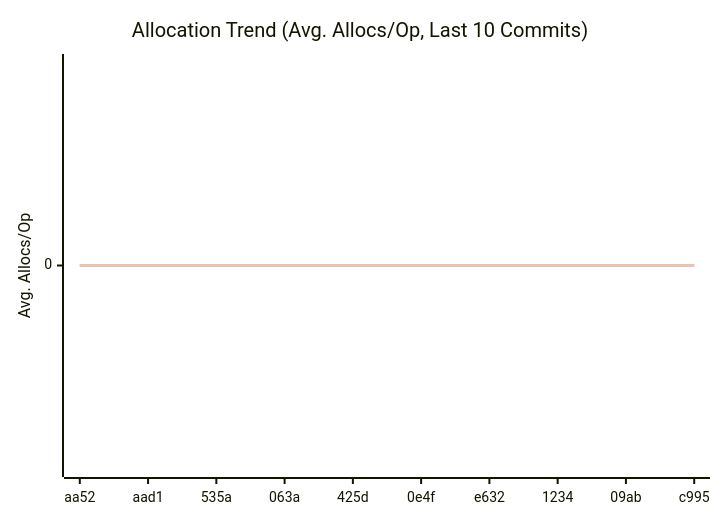
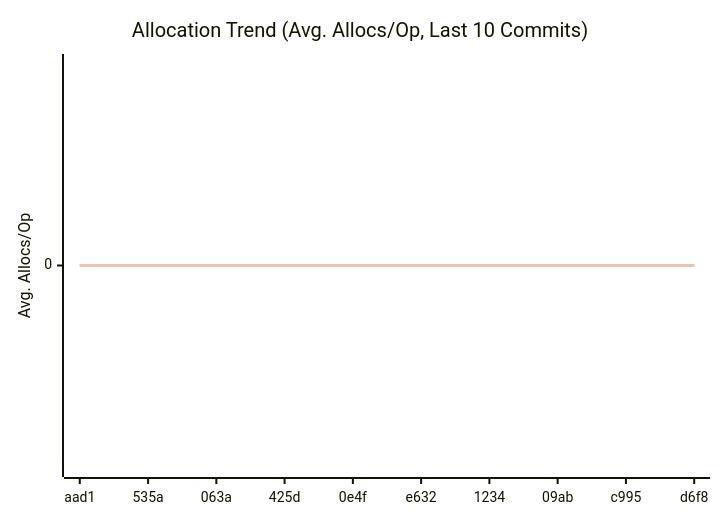
The third of 3 diagrams in doc/README.md (alsotoes/momo), drawn with Mermaid before and after one commit. The commit also changed other lines of this file and 1 other file, not shown here.

````diff
--- a/doc/README.md
+++ b/doc/README.md
@@ -312,10 +312,10 @@
 ```mermaid
 xychart-beta
     title "Allocation Trend (Avg. Allocs/Op, Last 10 Commits)"
     x-axis "Commit"
     y-axis "Avg. Allocs/Op"
-    x-axis [aa52,aad1,535a,063a,425d,0e4f,e632,1234,09ab,c995]
+    x-axis [aad1,535a,063a,425d,0e4f,e632,1234,09ab,c995,d6f8]
     line "CheckMetricsAndSwap" [0,0,0,0,0,0,0,0,0,0]
     line "IndexDirectTracking" [0,0,0,0,0,0,0,0,0,0]
     line "IndexSearch" [0,0,0,0,0,0,0,0,0,0]
 ```
````
